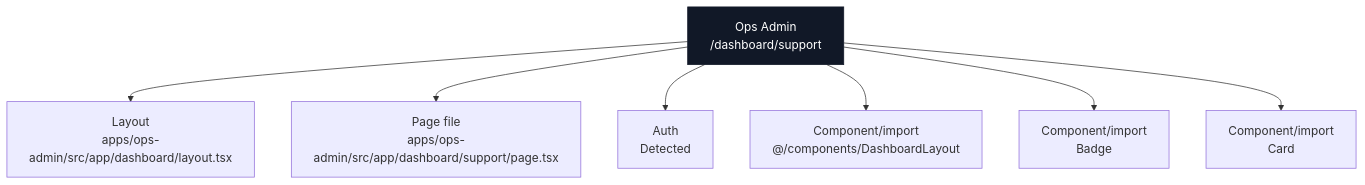
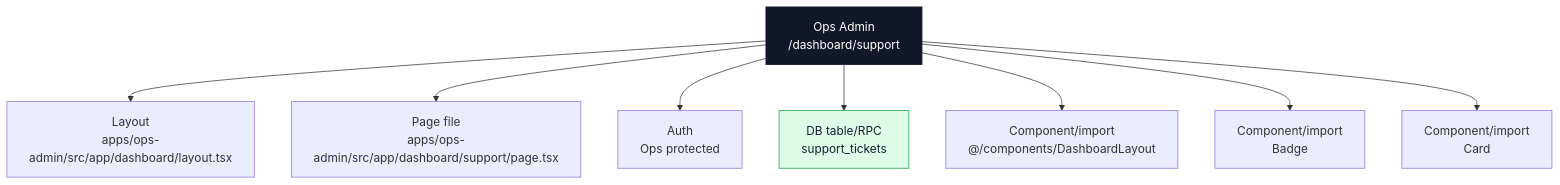
One commit to Ritenoob/ridendine-marketplace changed diagram 37 of 40 in docs/architecture/codebase-map/pages/ops-admin-pages.md. Above: the diagram before and after it, drawn with Mermaid. The commit also changed other lines of this file and 34 other files, not shown here.

````diff
--- a/docs/architecture/codebase-map/pages/ops-admin-pages.md
+++ b/docs/architecture/codebase-map/pages/ops-admin-pages.md
@@ -2759,21 +2783,24 @@
 ```mermaid
 flowchart TB
   Page["Ops Admin<br/>/dashboard/support"]
   Layout["Layout<br/>apps/ops-admin/src/app/dashboard/layout.tsx"]
   File["Page file<br/>apps/ops-admin/src/app/dashboard/support/page.tsx"]
-  Auth["Auth<br/>Detected"]
+  Auth["Auth<br/>Ops protected"]
   Page --> Layout
   Page --> File
   Page --> Auth
+  Table0["DB table/RPC<br/>support_tickets"]
+  Page --> Table0
   Component0["Component/import<br/>@/components/DashboardLayout"]
   Page --> Component0
   Component1["Component/import<br/>Badge"]
   Page --> Component1
   Component2["Component/import<br/>Card"]
   Page --> Component2
   classDef page fill:#111827,stroke:#111827,color:#ffffff
   classDef data fill:#dcfce7,stroke:#16a34a,color:#172033
   classDef api fill:#dbeafe,stroke:#2563eb,color:#172033
   classDef warn fill:#fef3c7,stroke:#f59e0b,color:#172033
   class Page page
+  class Table0 data
 ```
````
